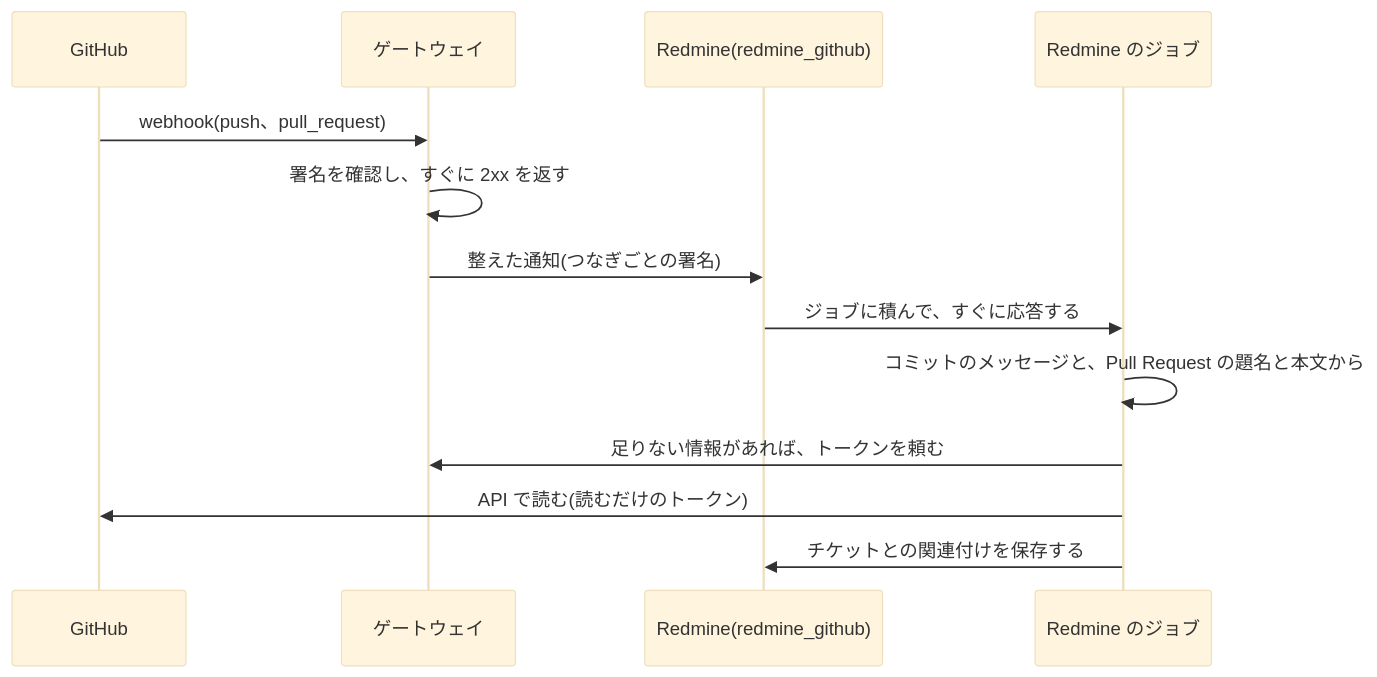
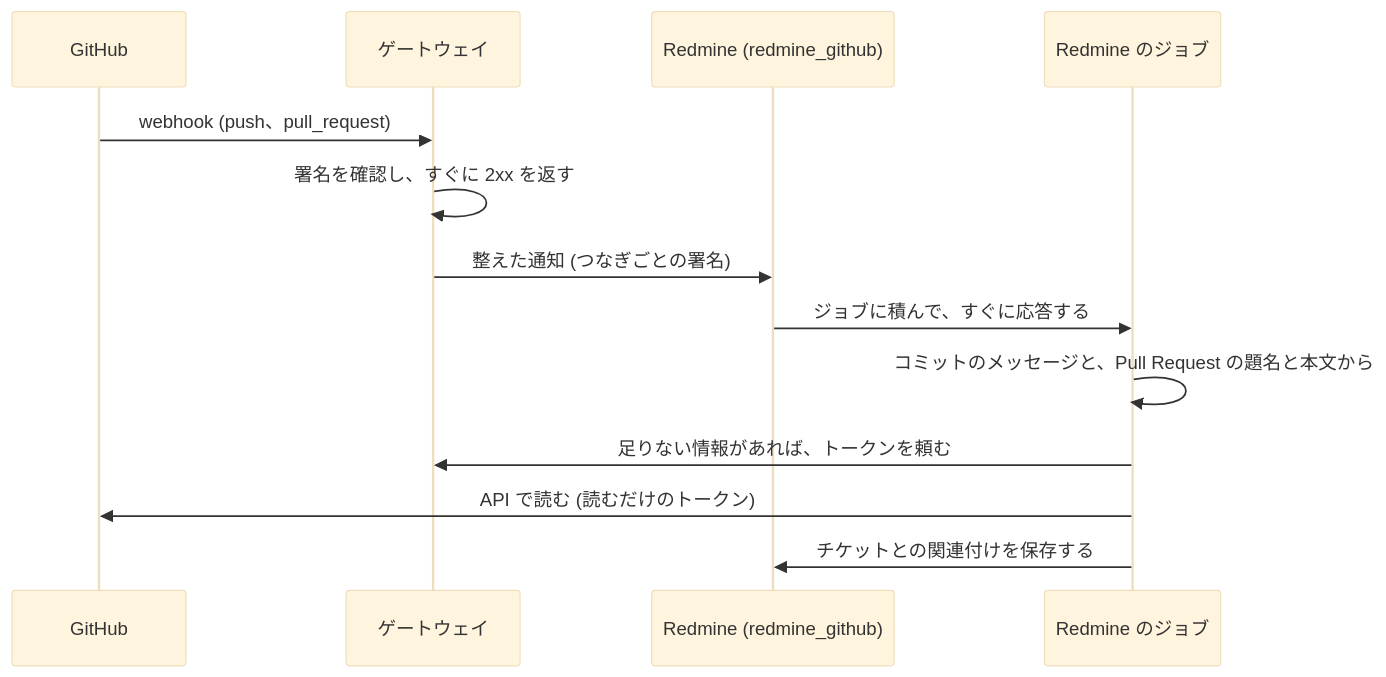
Before and after one commit to redmine-kit/redmine_github: the second of 2 diagrams in docs/ja/design.md, drawn with Mermaid (base theme). The commit also changed other lines of this file and 2 other files, not shown here.

````diff
--- a/docs/ja/design.md
+++ b/docs/ja/design.md
@@ -84,15 +84,15 @@
 ```mermaid
 sequenceDiagram
   participant G as GitHub
   participant W as ゲートウェイ
-  participant R as Redmine(redmine_github)
+  participant R as Redmine (redmine_github)
   participant J as Redmine のジョブ
-  G->>W: webhook(push、pull_request)
+  G->>W: webhook (push、pull_request)
   W->>W: 署名を確認し、すぐに 2xx を返す
-  W->>R: 整えた通知(つなぎごとの署名)
+  W->>R: 整えた通知 (つなぎごとの署名)
   R->>J: ジョブに積んで、すぐに応答する
   J->>J: コミットのメッセージと、Pull Request の題名と本文から #123 を探す
   J->>W: 足りない情報があれば、トークンを頼む
-  J->>G: API で読む(読むだけのトークン)
+  J->>G: API で読む (読むだけのトークン)
   J->>R: チケットとの関連付けを保存する
 ```
````
